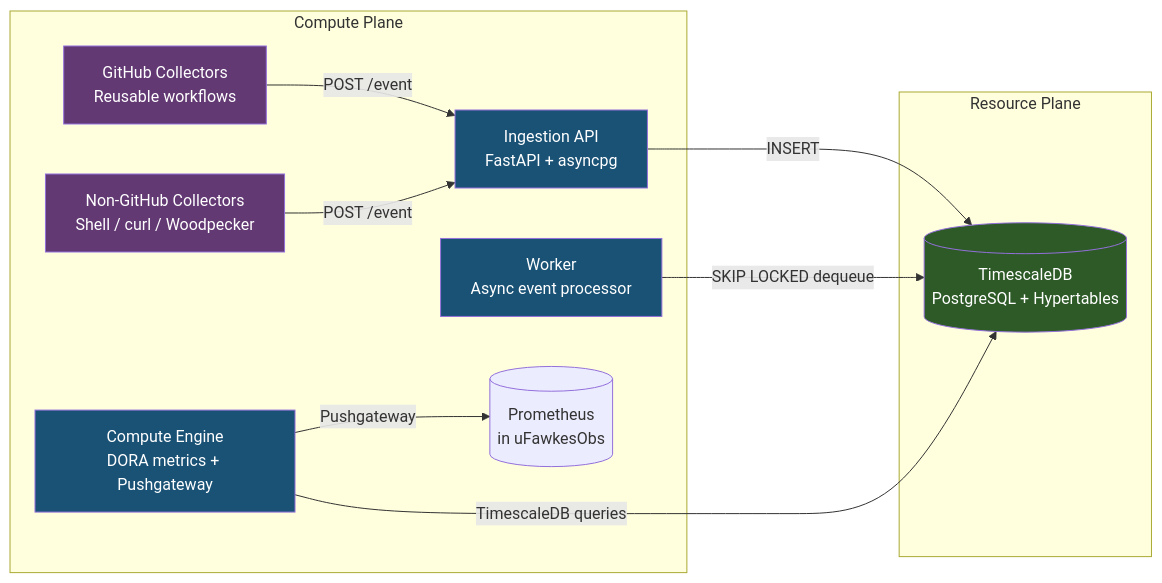
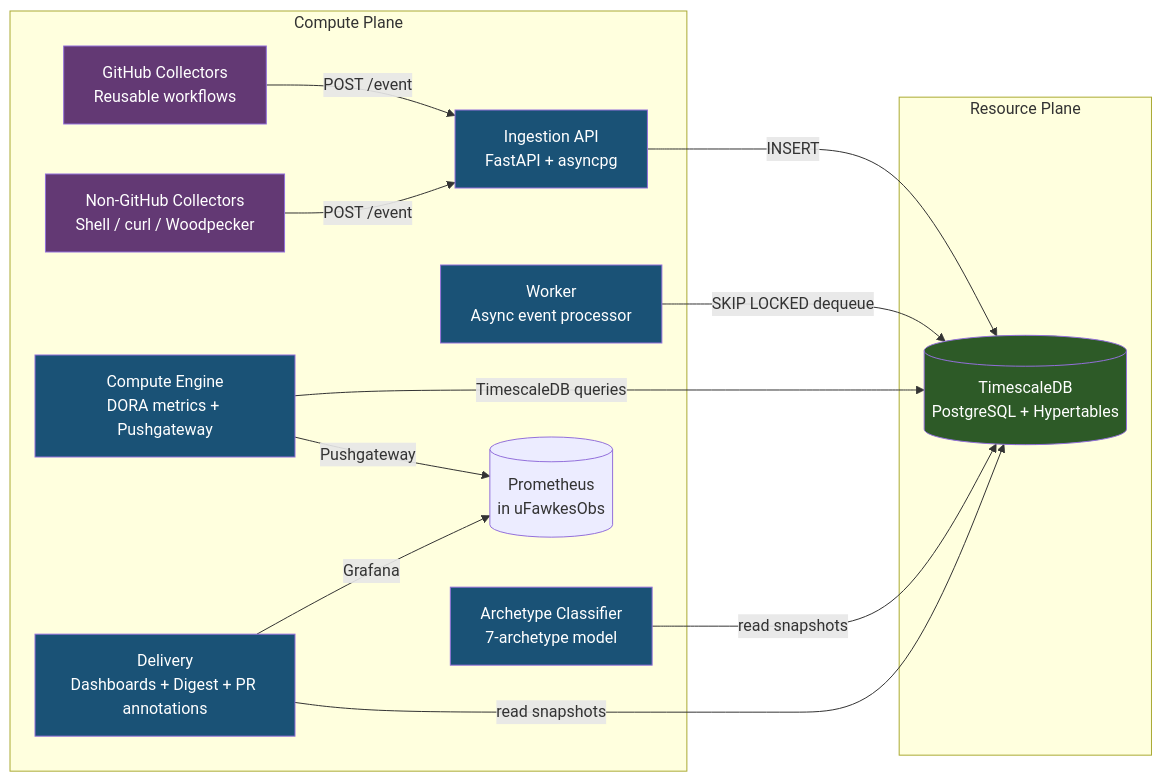
One commit to paruff/ufawkesdora changed the diagram in README.md. Above: the diagram before and after it, drawn with Mermaid. The commit also changed other lines of this file and 1 other file, not shown here.

````diff
--- a/README.md
+++ b/README.md
@@ -35,29 +60,36 @@
 ```mermaid
 flowchart LR
     subgraph Resource Plane
         TSDB[(TimescaleDB\nPostgreSQL + Hypertables)]
     end
 
     subgraph Compute Plane
         API[Ingestion API\nFastAPI + asyncpg]
         WKR[Worker\nAsync event processor]
         MET[Compute Engine\nDORA metrics + Pushgateway]
+        ARCH[Archetype Classifier\n7-archetype model]
+        DIGEST[Delivery\nDashboards + Digest + PR annotations]
 
         COLL1[GitHub Collectors\nReusable workflows]
         COLL2[Non-GitHub Collectors\nShell / curl / Woodpecker]
 
         COLL1 -->|POST /event| API
         COLL2 -->|POST /event| API
         API -->|INSERT| TSDB
         WKR -->|SKIP LOCKED dequeue| TSDB
         MET -->|TimescaleDB queries| TSDB
         MET -->|Pushgateway| PROM[(Prometheus\nin uFawkesObs)]
+        ARCH -->|read snapshots| TSDB
+        DIGEST -->|read snapshots| TSDB
+        DIGEST -->|Grafana| PROM
     end
 
     style TSDB fill:#2d5a27,color:#fff
     style API fill:#1a5276,color:#fff
     style WKR fill:#1a5276,color:#fff
     style MET fill:#1a5276,color:#fff
+    style ARCH fill:#1a5276,color:#fff
+    style DIGEST fill:#1a5276,color:#fff
     style COLL1 fill:#633974,color:#fff
     style COLL2 fill:#633974,color:#fff
 ```
````
